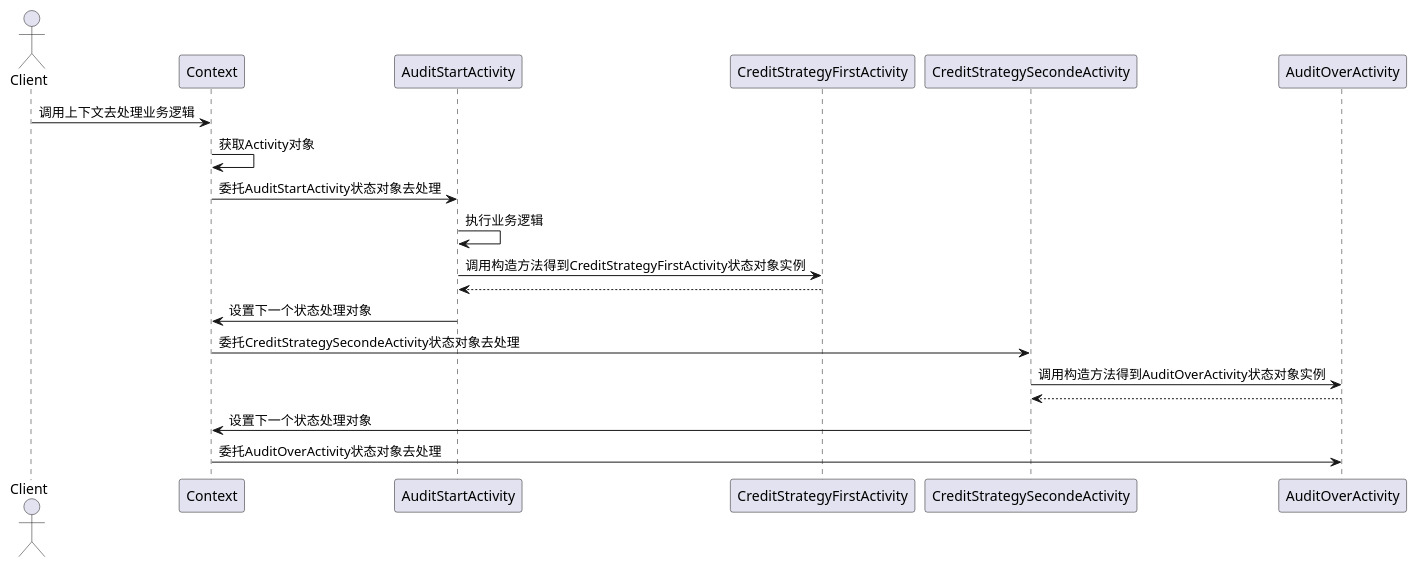
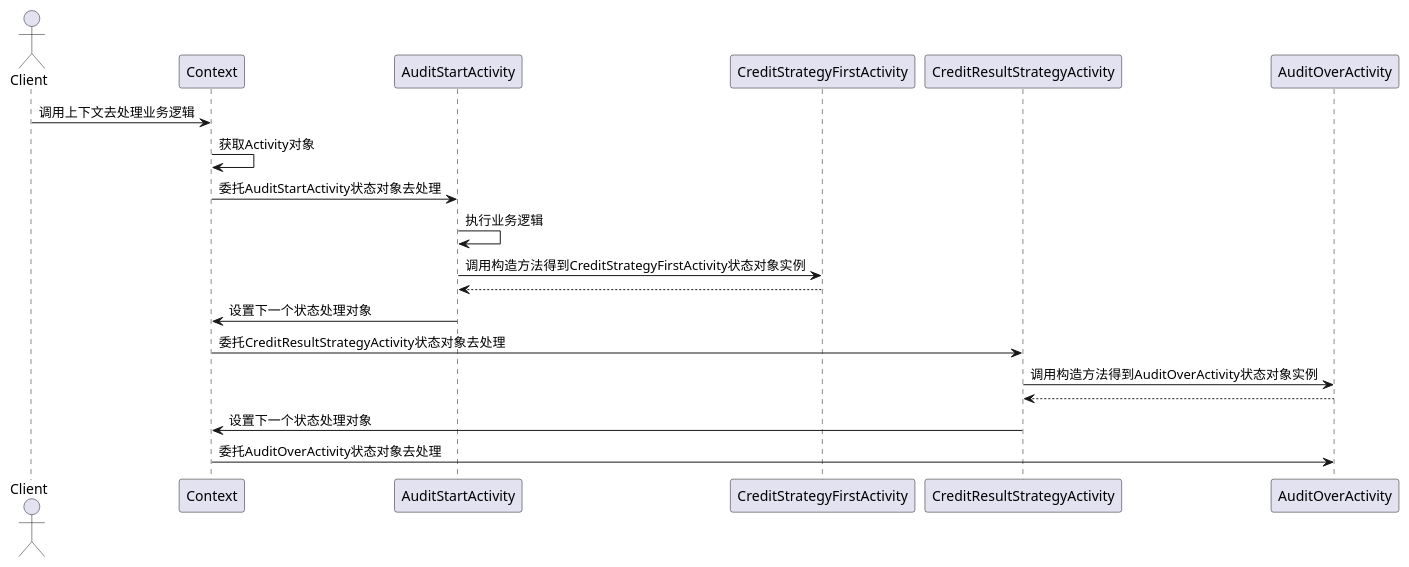
Before and after one commit to Evan43789596/designPatternAction: the diagram in src/main/resource/state/auto_approval.puml, drawn with PlantUML. The commit also changed 3 other files, not shown here.

```diff
--- a/src/main/resource/state/auto_approval.puml
+++ b/src/main/resource/state/auto_approval.puml
@@ -1,20 +1,20 @@
 @startuml
 actor Client
 participant Context
 participant AuditStartActivity
 participant CreditStrategyFirstActivity
-participant CreditStrategySecondeActivity
+participant CreditResultStrategyActivity
 participant AuditOverActivity
 Client -> Context: 调用上下文去处理业务逻辑
 Context -> Context: 获取Activity对象
 Context -> AuditStartActivity: 委托AuditStartActivity状态对象去处理
 AuditStartActivity->AuditStartActivity:执行业务逻辑
 AuditStartActivity -> CreditStrategyFirstActivity:调用构造方法得到CreditStrategyFirstActivity状态对象实例
 CreditStrategyFirstActivity --> AuditStartActivity
 AuditStartActivity -> Context:设置下一个状态处理对象
-Context-> CreditStrategySecondeActivity: 委托CreditStrategySecondeActivity状态对象去处理
-CreditStrategySecondeActivity -> AuditOverActivity:调用构造方法得到AuditOverActivity状态对象实例
-AuditOverActivity--> CreditStrategySecondeActivity
-CreditStrategySecondeActivity -> Context:设置下一个状态处理对象
+Context-> CreditResultStrategyActivity: 委托CreditResultStrategyActivity状态对象去处理
+CreditResultStrategyActivity -> AuditOverActivity:调用构造方法得到AuditOverActivity状态对象实例
+AuditOverActivity--> CreditResultStrategyActivity
+CreditResultStrategyActivity -> Context:设置下一个状态处理对象
 Context->AuditOverActivity:委托AuditOverActivity状态对象去处理
 @enduml
```
